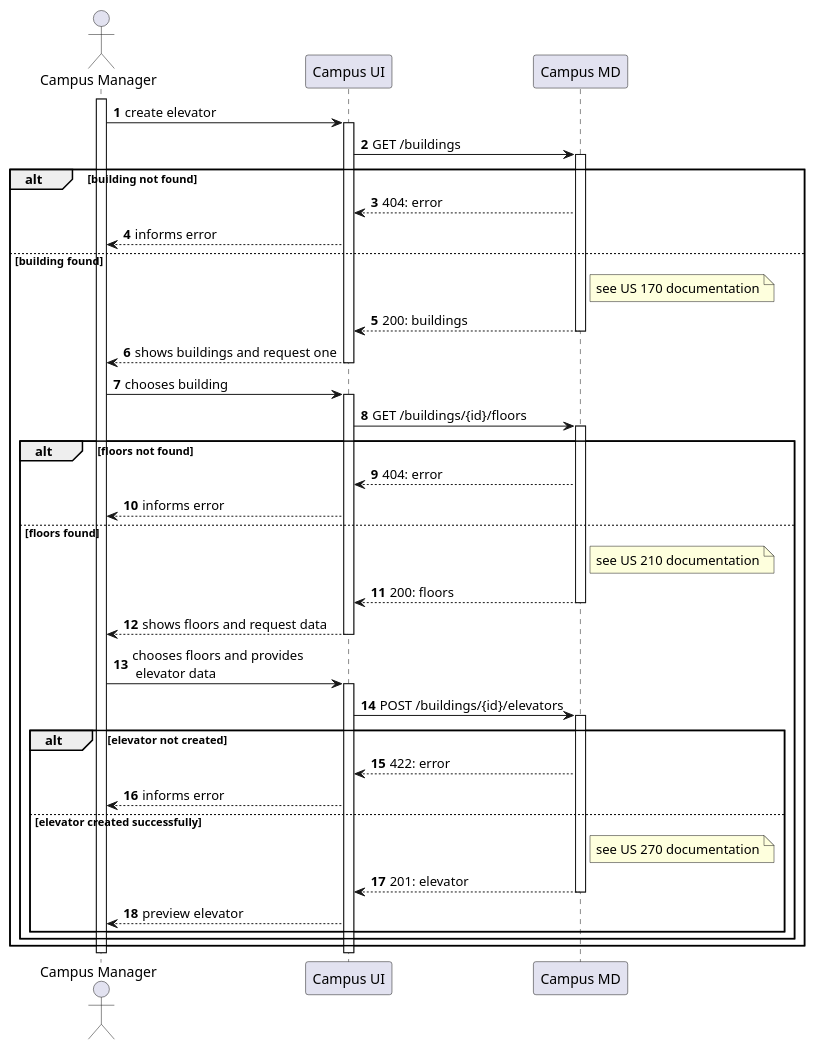
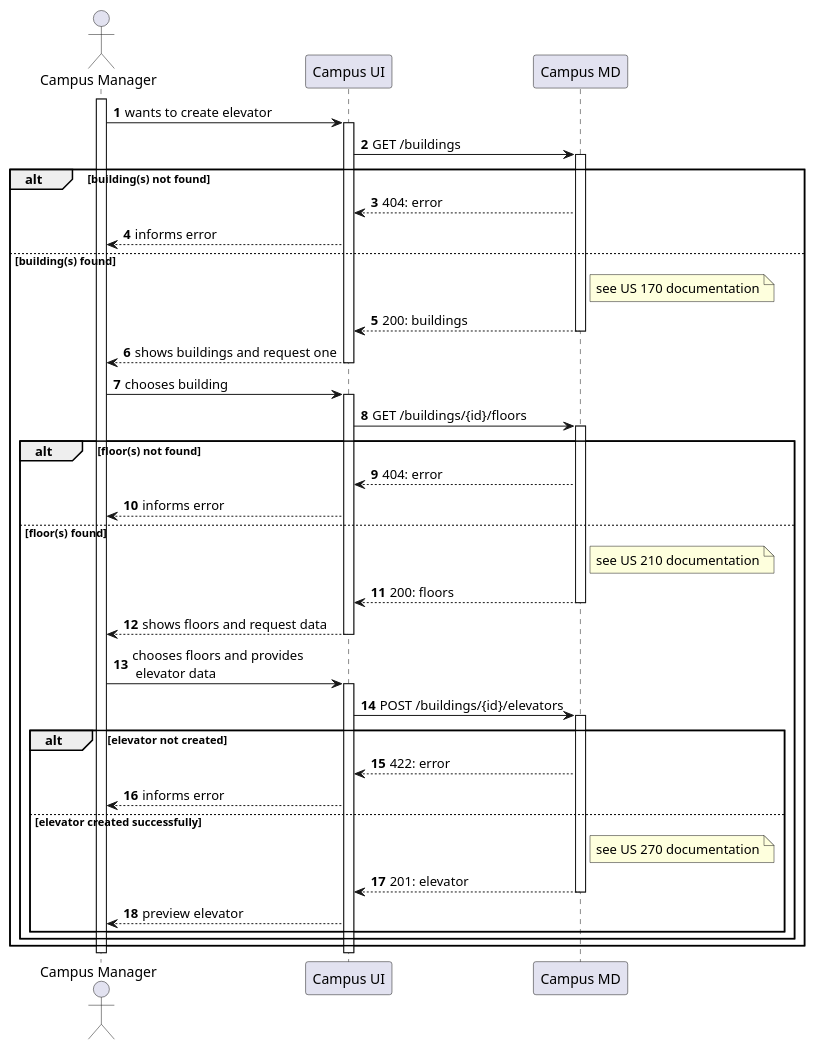
Before and after one commit to Departamento-de-Engenharia-Informatica/lapr5-23-24-g19: the diagram in docs/us1130/level2/process-view.puml, drawn with PlantUML. The commit also changed 13 other files, not shown here.

```diff
--- a/docs/us1130/level2/process-view.puml
+++ b/docs/us1130/level2/process-view.puml
@@ -1,64 +1,64 @@
 @startuml
 autonumber
 
 actor "Campus Manager" as usr
 
 participant "Campus UI" as ui
 participant "Campus MD" as md
 
 activate usr
-    usr -> ui : create elevator
+    usr -> ui : wants to create elevator
     activate ui
         ui -> md : GET /buildings
         activate md
 
-         alt building not found
+         alt building(s) not found
                 md --> ui : 404: error
                 ui --> usr :  informs error
-         else building found
+         else building(s) found
             note right of md : see US 170 documentation
             md --> ui : 200: buildings
             deactivate md
 
         ui --> usr : shows buildings and request one
     deactivate ui
 
     usr -> ui : chooses building
     activate ui
         ui -> md : GET /buildings/{id}/floors
         activate md
 
-        alt floors not found
+        alt floor(s) not found
                 md --> ui : 404: error
                 ui --> usr :  informs error
-        else floors found
+        else floor(s) found
 
             note right of md : see US 210 documentation
             md --> ui : 200: floors
         deactivate md
 
         ui --> usr : shows floors and request data
     deactivate ui
 
     usr -> ui: chooses floors and provides\n elevator data
     activate ui
         ui -> md : POST /buildings/{id}/elevators
         activate md
 
             alt elevator not created
                  md --> ui : 422: error
                  ui --> usr :  informs error
             else elevator created successfully
 
 
             note right of md : see US 270 documentation
             md --> ui : 201: elevator
         deactivate md
         ui --> usr : preview elevator
         end
     end
 end
     deactivate ui
 deactivate usr
 
 @enduml
```
